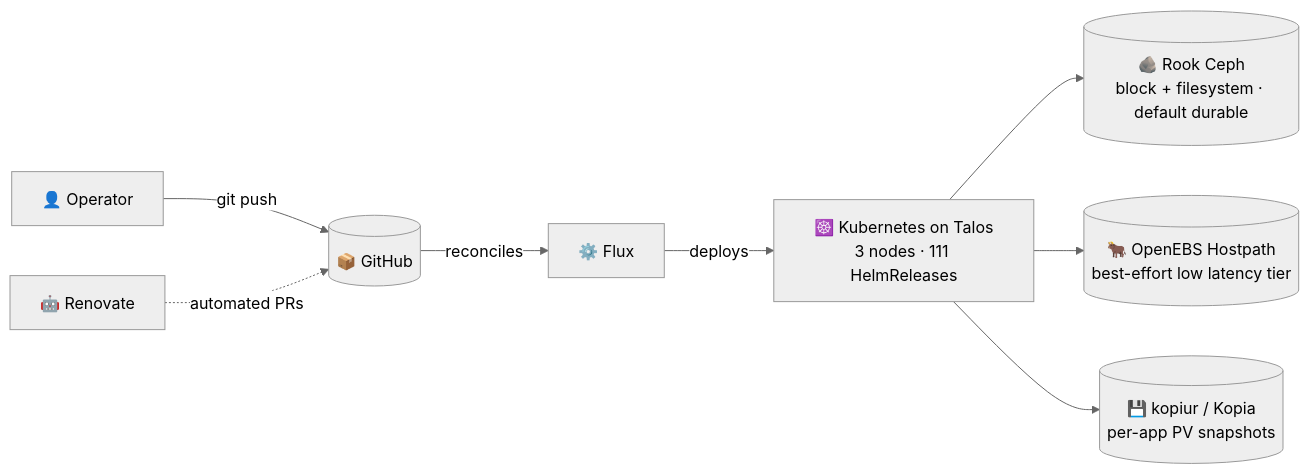
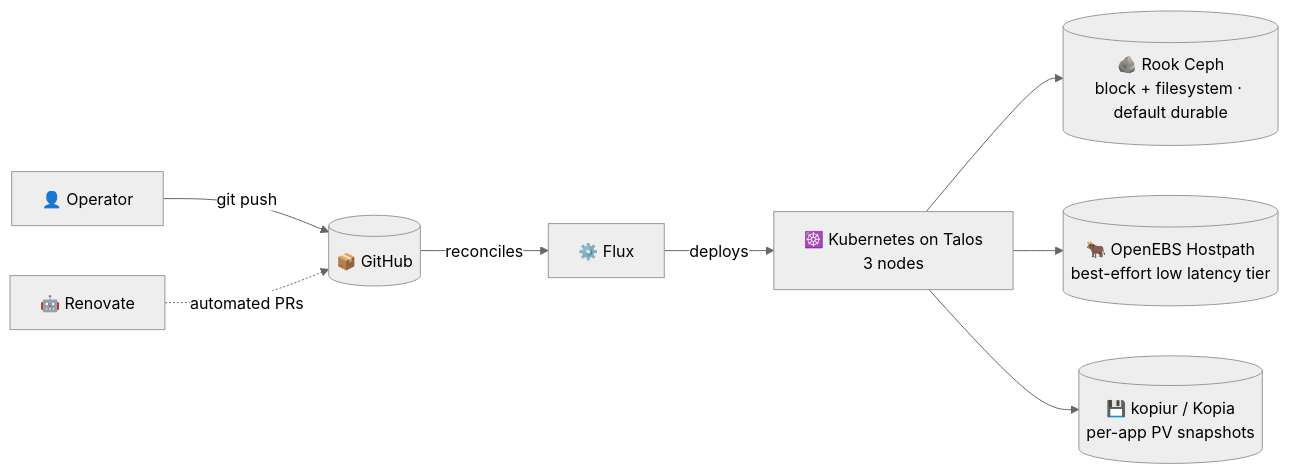
One commit to Tanguille/cluster changed the first of 2 diagrams in README.md. Above: the diagram before and after it, drawn with Mermaid (neutral theme). The commit also changed 1 other file, not shown here.

Commit message:
chore(repo): gitignore agent scratch dirs, fix README HelmRelease count (#5196)
* chore(repo): gitignore agent scratch dirs, fix README HelmRelease count

.task/, .vllm-opt/ and .Codex/ accumulate tool/session output at the
repo root and kept showing up untracked; they are scratch, not
declarative content. README claimed 111 HelmReleases — the repo
declares 103 (live cluster runs 106, incl. operator-managed ones).

* chore(repo): drop Codex scratch-dir ignore entry

* chore(repo): drop static HelmRelease count from README

* chore(repo): drop unused task-runner ignore entry

````diff
--- a/README.md
+++ b/README.md
@@ -43,12 +43,12 @@
 ```mermaid
 flowchart LR
     Tanguille[👤 Operator] -->|git push| Repo[(📦 GitHub)]
     Renovate[🤖 Renovate] -.->|automated PRs| Repo
     Repo -->|reconciles| Flux[⚙️ Flux]
-    Flux -->|deploys| Cluster[☸️ Kubernetes on Talos<br/>3 nodes · 111 HelmReleases]
+    Flux -->|deploys| Cluster[☸️ Kubernetes on Talos<br/>3 nodes]
 
     Cluster --> Ceph[(🪨 Rook Ceph<br/>block + filesystem · default durable)]
     Cluster --> OEP[(🐂 OpenEBS Hostpath<br/>best-effort low latency tier)]
 
     Cluster --> KB[(💾 kopiur / Kopia<br/>per-app PV snapshots)]
 ```
````
